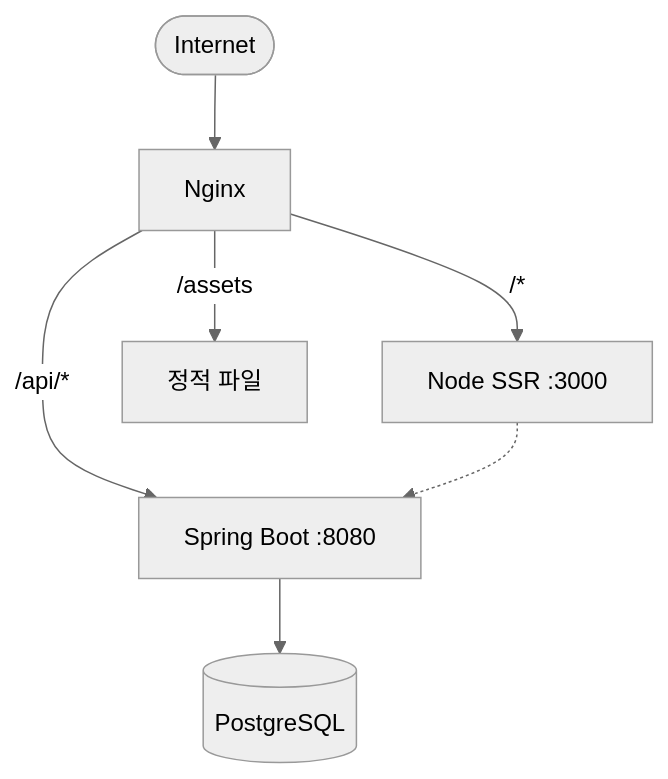
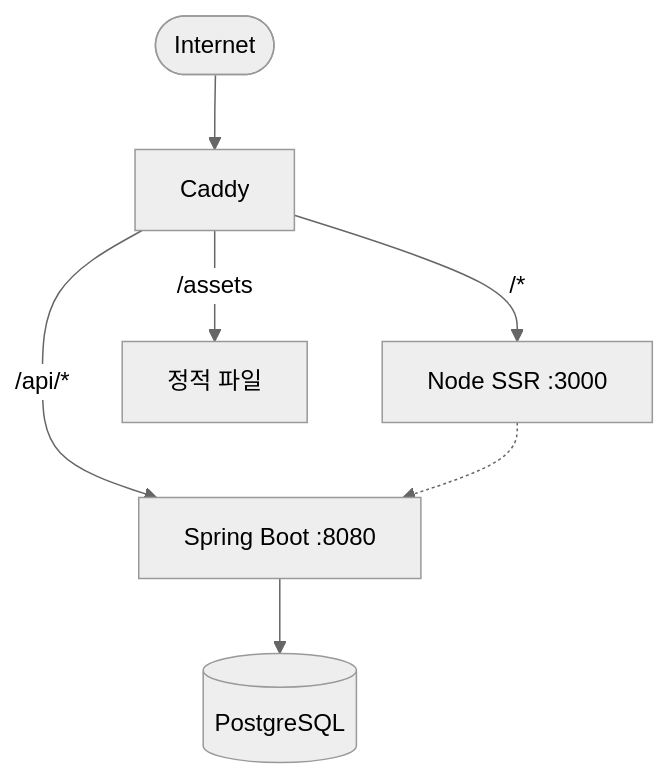
One commit to SeoHyeokGyu/Carix changed the second of 2 diagrams in README.md. Above: the diagram before and after it, drawn with Mermaid (neutral theme). The commit also changed other lines of this file and 9 other files, not shown here.

````diff
--- a/README.md
+++ b/README.md
@@ -263,9 +263,9 @@
 ```mermaid
 flowchart TD
-    Internet([Internet]) --> Nginx[Nginx]
-    Nginx -->|"/*"| NodeSSR[Node SSR :3000]
-    Nginx -->|"/api/*"| SpringBoot[Spring Boot :8080]
-    Nginx -->|"/assets"| Static[정적 파일]
+    Internet([Internet]) --> Caddy[Caddy]
+    Caddy -->|"/*"| NodeSSR[Node SSR :3000]
+    Caddy -->|"/api/*"| SpringBoot[Spring Boot :8080]
+    Caddy -->|"/assets"| Static[정적 파일]
     NodeSSR -.-> SpringBoot
     SpringBoot --> DB[(PostgreSQL)]
 ```
````
